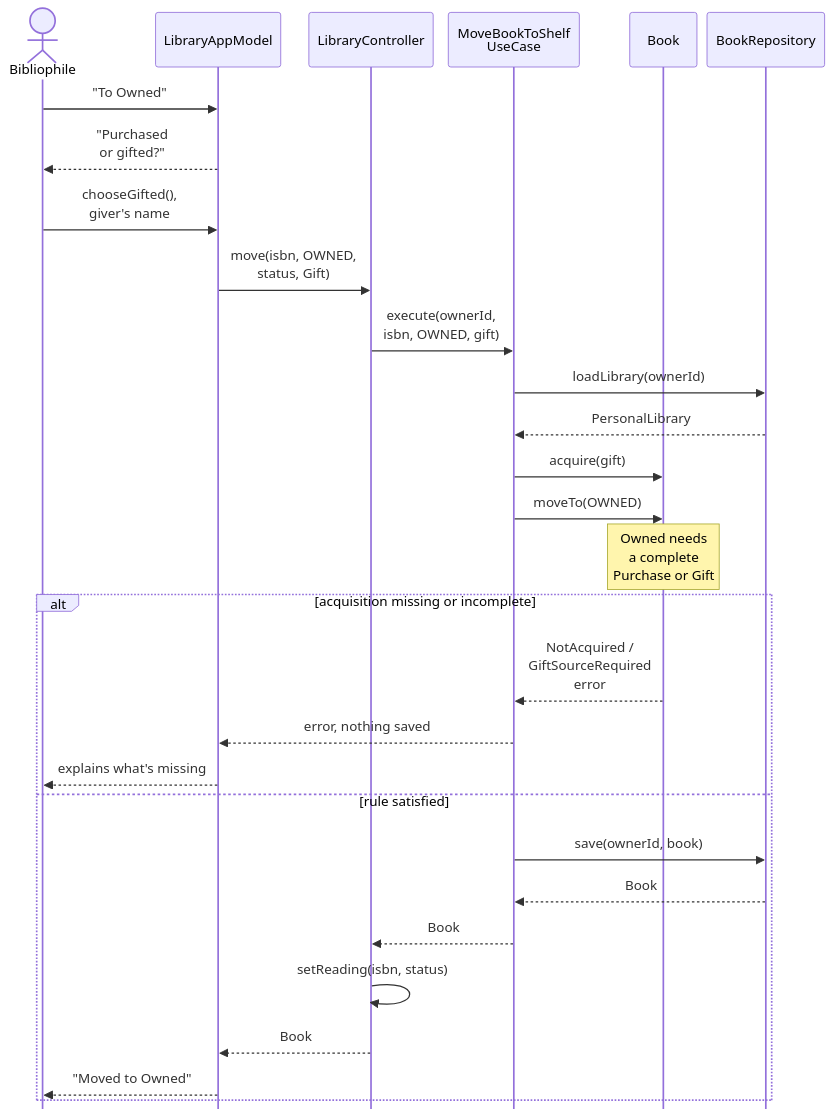
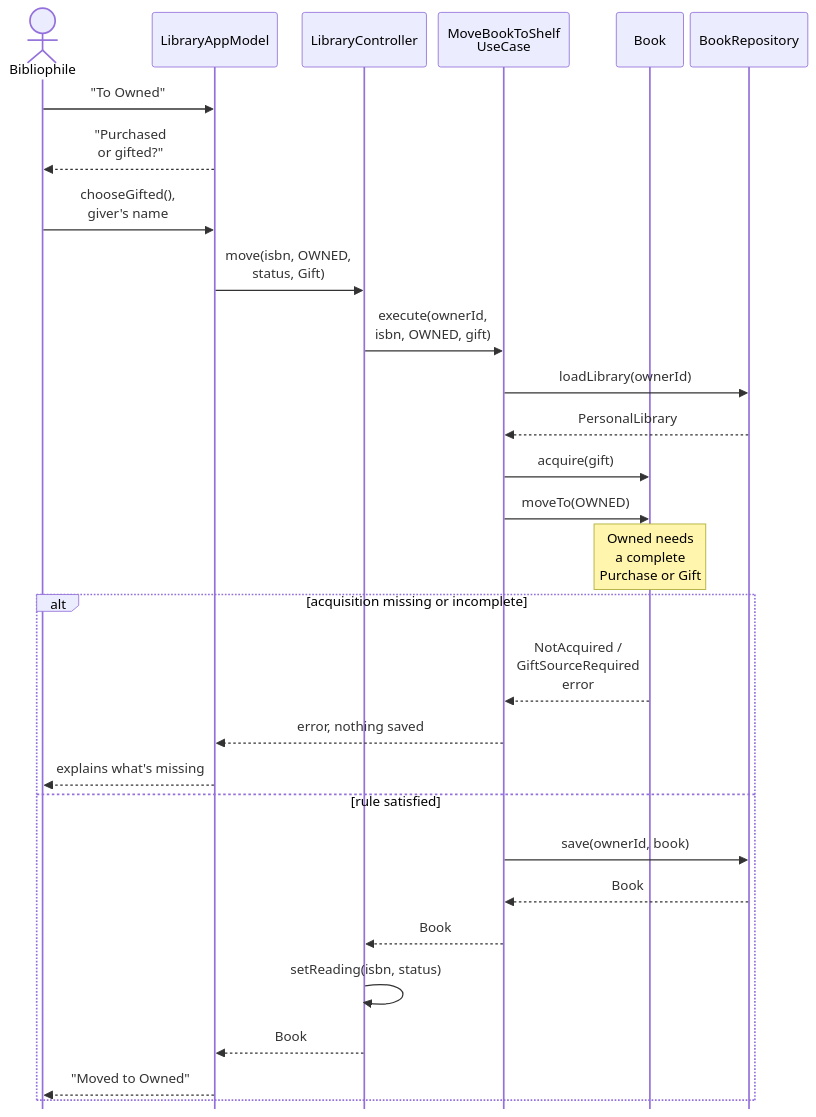
Before and after one commit to ghechavarria/cen5064-project-hechavarria: the diagram in docs/design/diagrams/sequence-move.mmd, drawn with Mermaid. The commit also changed 23 other files, not shown here.

First line of the commit message:
Diagrams: feature 4 in the C4 and UML views, every figure at 7pt or larger

```diff
--- a/docs/design/diagrams/sequence-move.mmd
+++ b/docs/design/diagrams/sequence-move.mmd
@@ -1,30 +1,30 @@
-%%{init: {"sequence": {"mirrorActors": false, "messageMargin": 16, "actorMargin": 12, "boxMargin": 6, "noteMargin": 6, "width": 80}}}%%
+%%{init: {"sequence": {"mirrorActors": false, "messageMargin": 16, "actorMargin": 8, "boxMargin": 6, "noteMargin": 6, "width": 80}}}%%
 sequenceDiagram
     actor U as Bibliophile
     participant VM as LibraryAppModel
     participant C as LibraryController
     participant S as MoveBookToShelf<br/>UseCase
     participant B as Book
     participant R as BookRepository
     U->>VM: "To Owned"
     VM-->>U: "Purchased<br/>or gifted?"
     U->>VM: chooseGifted(),<br/>giver's name
     VM->>C: move(isbn, OWNED,<br/>status, Gift)
     C->>S: execute(ownerId,<br/>isbn, OWNED, gift)
     S->>R: loadLibrary(ownerId)
     R-->>S: PersonalLibrary
     S->>B: acquire(gift)
     S->>B: moveTo(OWNED)
     Note over B: Owned needs<br/>a complete<br/>Purchase or Gift
     alt acquisition missing or incomplete
         B-->>S: NotAcquired /<br/>GiftSourceRequired<br/>error
         S-->>VM: error, nothing saved
         VM-->>U: explains what's missing
     else rule satisfied
         S->>R: save(ownerId, book)
         R-->>S: Book
         S-->>C: Book
         C->>C: setReading(isbn, status)
         C-->>VM: Book
         VM-->>U: "Moved to Owned"
     end
```
